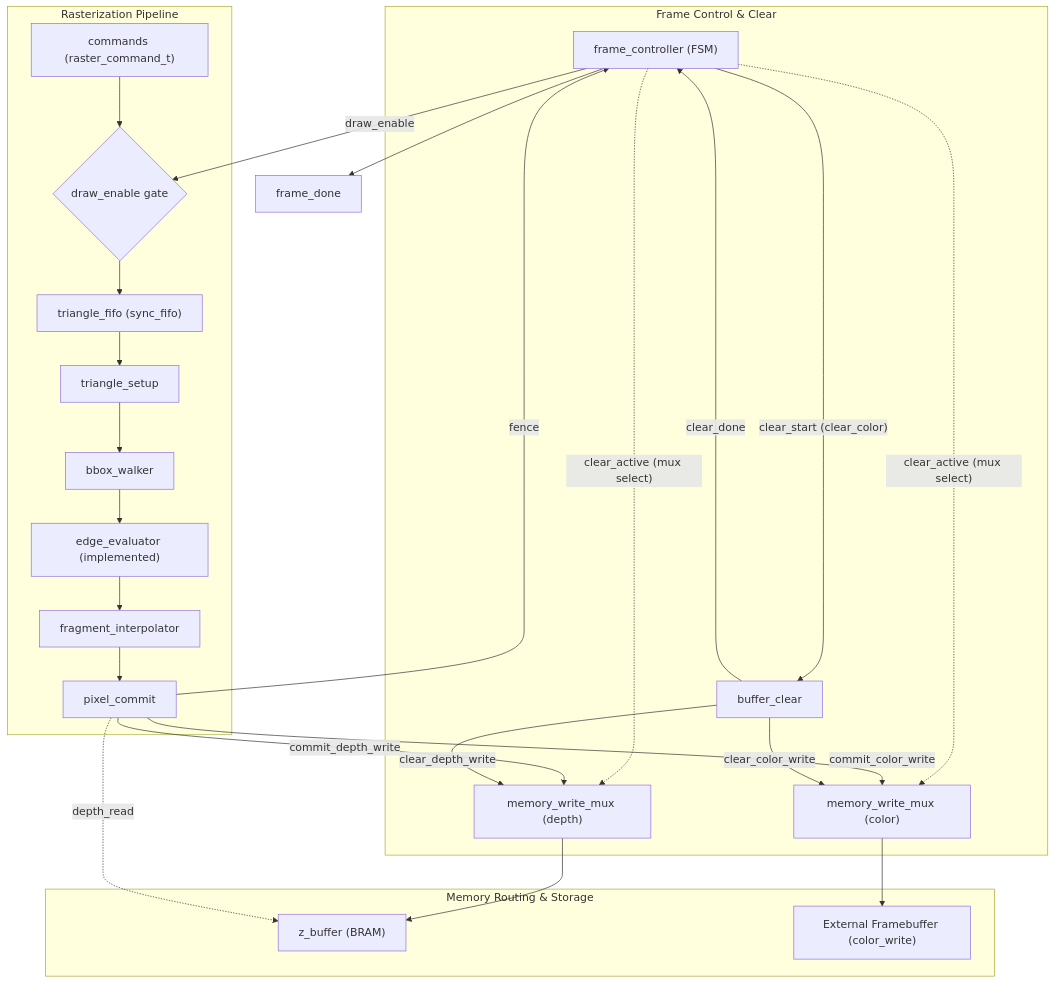
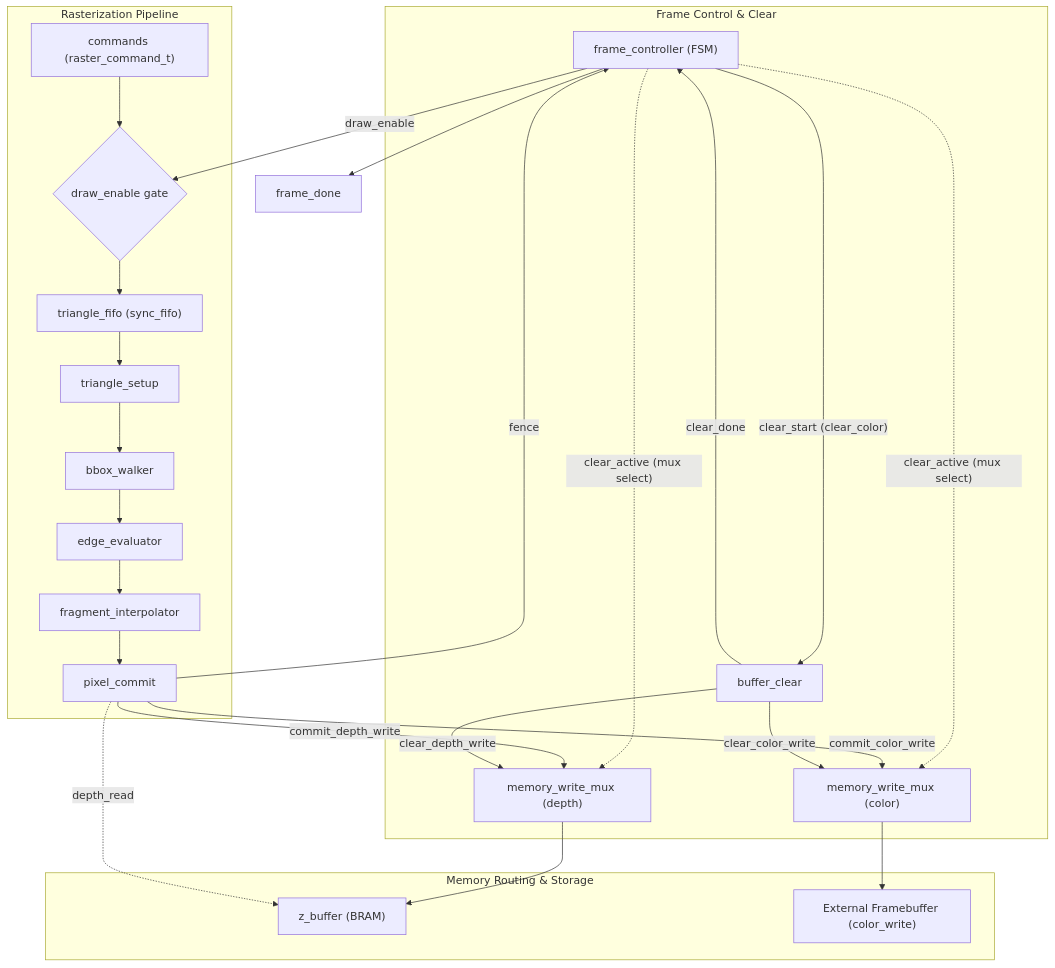
The diagram in docs/meeting_notes/rasterization/meeting_3.md (cdi-sjsu/tiny-fixed-function-gpu), drawn with Mermaid before and after one commit. The commit also changed other lines of this file, not shown here.

Commit message:
docs: mark edge_evaluator as stubbed and unassigned

````diff
--- a/docs/meeting_notes/rasterization/meeting_3.md
+++ b/docs/meeting_notes/rasterization/meeting_3.md
@@ -79,53 +79,53 @@
 ```mermaid
 flowchart TD
     subgraph Control ["Frame Control & Clear"]
         FC["frame_controller (FSM)"]
         BC["buffer_clear"]
         FC -- "clear_start (clear_color)" --> BC
         BC -- "clear_done" --> FC
         FC -. "clear_active (mux select)" .-> MUX_D
         FC -. "clear_active (mux select)" .-> MUX_C
     end
 
     subgraph Pipeline ["Rasterization Pipeline"]
         CMD["commands (raster_command_t)"]
         GATE{"draw_enable gate"}
         FIFO["triangle_fifo (sync_fifo)"]
         TS["triangle_setup"]
         BW["bbox_walker"]
-        EE["edge_evaluator (implemented)"]
+        EE["edge_evaluator"]
         FI["fragment_interpolator"]
         PC["pixel_commit"]
 
         CMD --> GATE
         GATE --> FIFO
         FIFO --> TS
         TS --> BW
         BW --> EE
         EE --> FI
         FI --> PC
     end
 
     subgraph Memory ["Memory Routing & Storage"]
         MUX_D["memory_write_mux (depth)"]
         MUX_C["memory_write_mux (color)"]
         ZB["z_buffer (BRAM)"]
         FB["External Framebuffer (color_write)"]
 
         MUX_D --> ZB
         MUX_C --> FB
     end
 
     %% Pipeline control and synchronization
     FC -- "draw_enable" --> GATE
     PC -- "fence" --> FC
     FC --> FD["frame_done"]
 
     %% Memory interactions
     PC -. "depth_read" .-> ZB
     PC -- "commit_depth_write" --> MUX_D
     PC -- "commit_color_write" --> MUX_C
 
     BC -- "clear_depth_write" --> MUX_D
     BC -- "clear_color_write" --> MUX_C
 ```
````
